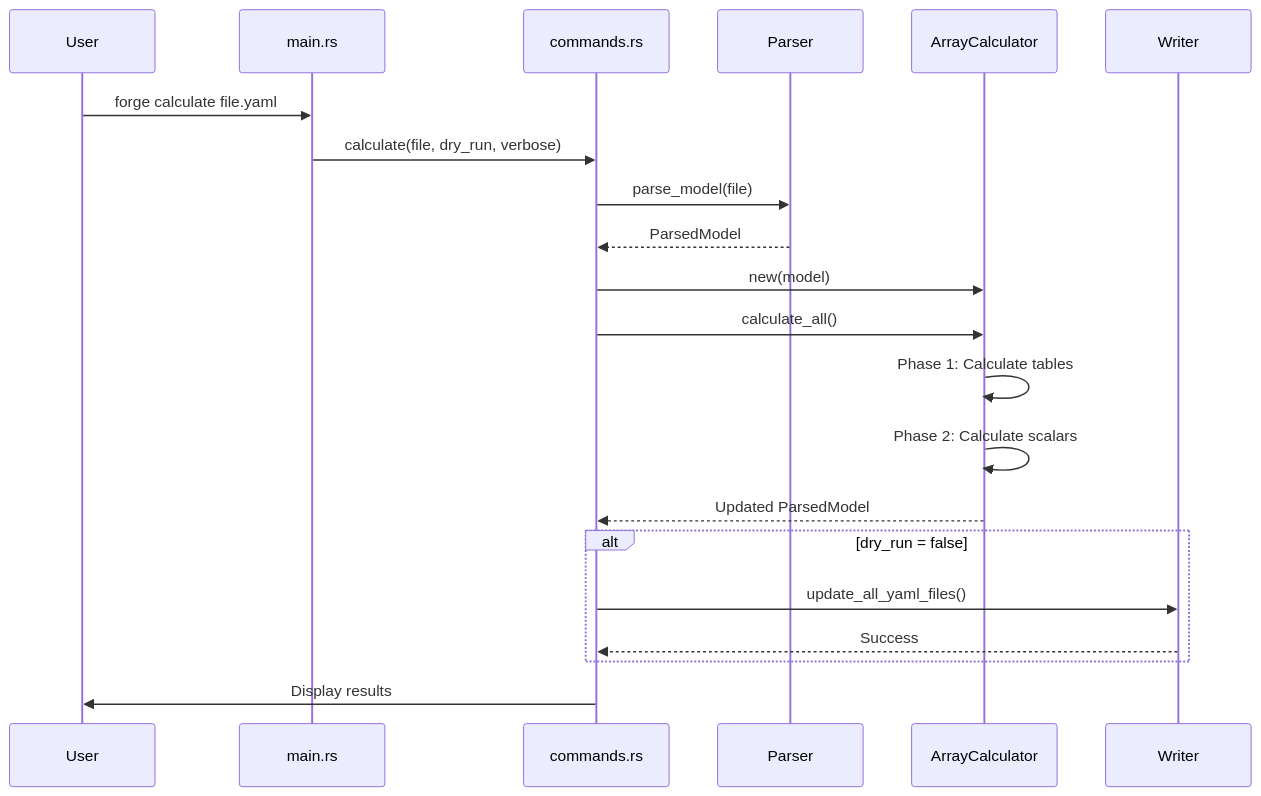
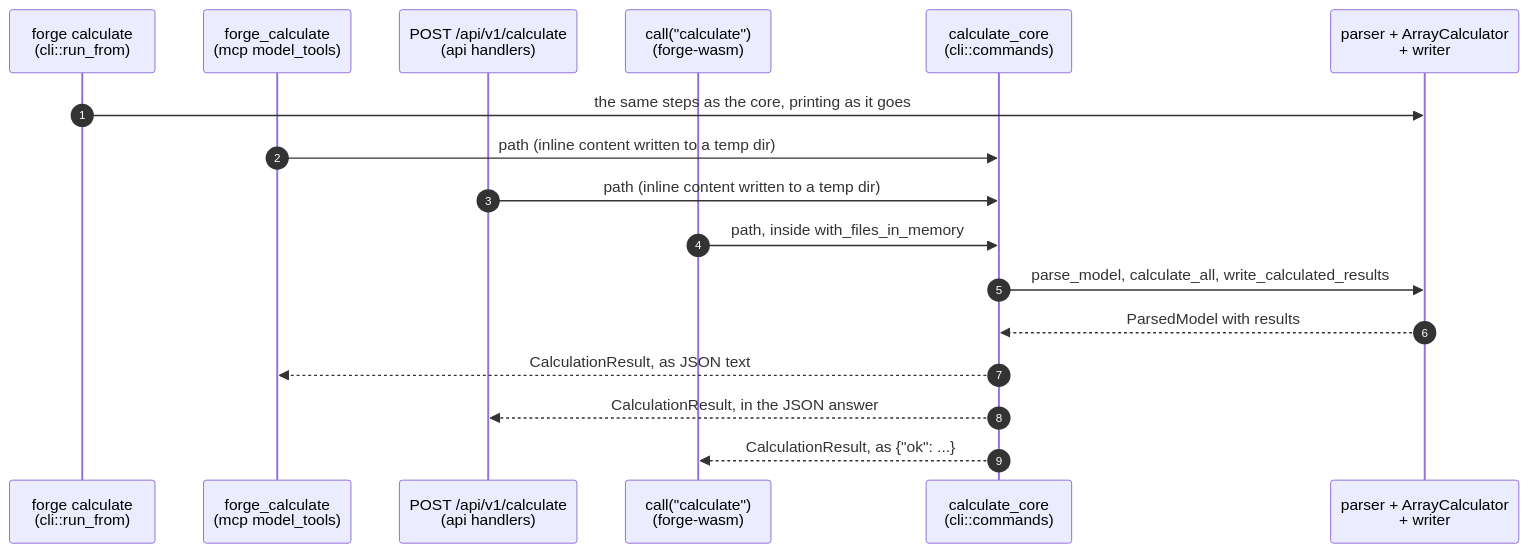
Before and after one commit to mollendorff-ai/forge: the second of 4 diagrams in docs/architecture/01-COMPONENT-ARCHITECTURE.md, drawn with Mermaid. The commit also changed other lines of this file and 29 other files, not shown here.

First line of the commit message:
Rewrite the architecture docs from the code, with diagrams and a check

````diff
--- a/docs/architecture/01-COMPONENT-ARCHITECTURE.md
+++ b/docs/architecture/01-COMPONENT-ARCHITECTURE.md
@@ -782,24 +55,20 @@
 ```mermaid
 sequenceDiagram
-    participant User
-    participant CLI as main.rs
-    participant Cmd as commands.rs
-    participant Parser
-    participant Calc as ArrayCalculator
-    participant Writer
+    autonumber
+    participant CLI as forge calculate<br/>(cli::run_from)
+    participant MCP as forge_calculate<br/>(mcp model_tools)
+    participant REST as POST /api/v1/calculate<br/>(api handlers)
+    participant WASM as call("calculate")<br/>(forge-wasm)
+    participant Core as calculate_core<br/>(cli::commands)
+    participant Engine as parser + ArrayCalculator<br/>+ writer
 
-    User->>CLI: forge calculate file.yaml
-    CLI->>Cmd: calculate(file, dry_run, verbose)
-    Cmd->>Parser: parse_model(file)
-    Parser-->>Cmd: ParsedModel
-    Cmd->>Calc: new(model)
-    Cmd->>Calc: calculate_all()
-    Calc->>Calc: Phase 1: Calculate tables
-    Calc->>Calc: Phase 2: Calculate scalars
-    Calc-->>Cmd: Updated ParsedModel
-    alt dry_run = false
-        Cmd->>Writer: update_all_yaml_files()
-        Writer-->>Cmd: Success
-    end
-    Cmd->>User: Display results
+    CLI->>Engine: the same steps as the core, printing as it goes
+    MCP->>Core: path (inline content written to a temp dir)
+    REST->>Core: path (inline content written to a temp dir)
+    WASM->>Core: path, inside with_files_in_memory
+    Core->>Engine: parse_model, calculate_all, write_calculated_results
+    Engine-->>Core: ParsedModel with results
+    Core-->>MCP: CalculationResult, as JSON text
+    Core-->>REST: CalculationResult, in the JSON answer
+    Core-->>WASM: CalculationResult, as {"ok": ...}
 ```
````
